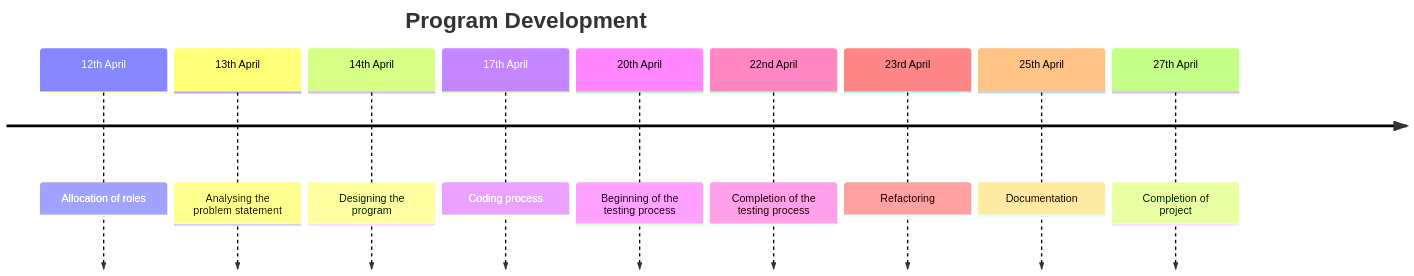
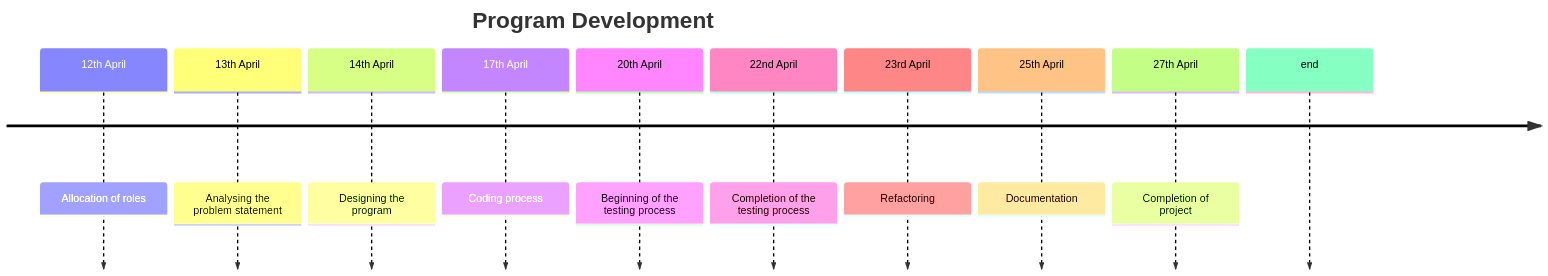
The diagram in README.md (PavithraRajindra/DS-CIA-2), drawn with Mermaid before and after one commit.

````diff
--- a/README.md
+++ b/README.md
@@ -18,13 +18,14 @@
 ```mermaid
 timeline
     title Program Development
     12th April : Allocation of roles
     13th April : Analysing the problem statement
     14th April : Designing the program
     17th April : Coding process
     20th April : Beginning of the testing process
     22nd April : Completion of the testing process
     23rd April : Refactoring
     25th April : Documentation
     27th April : Completion of project
+end
 ```
````
